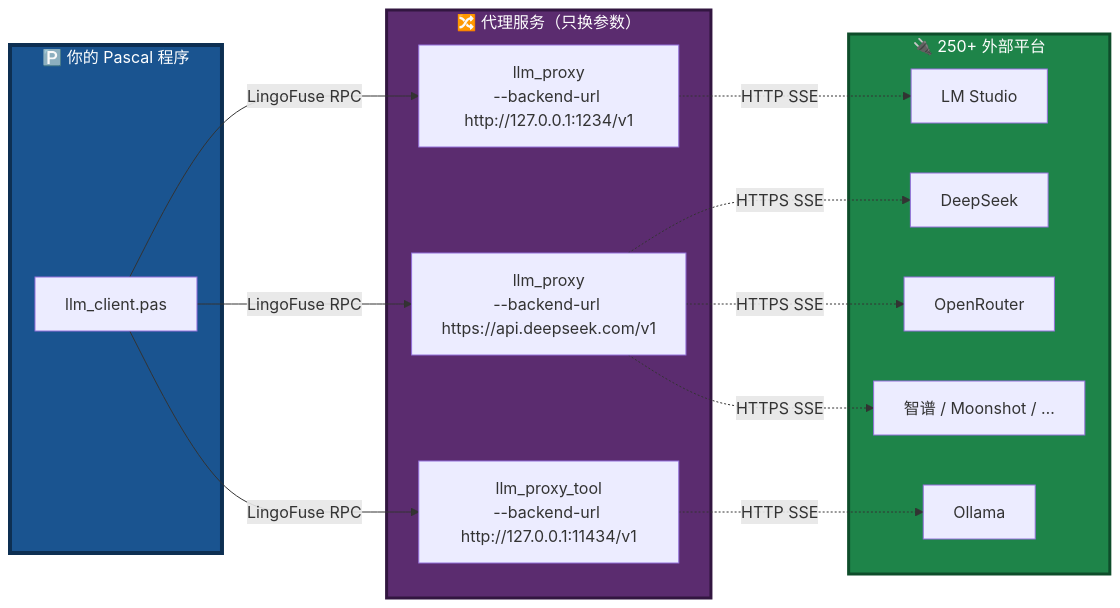
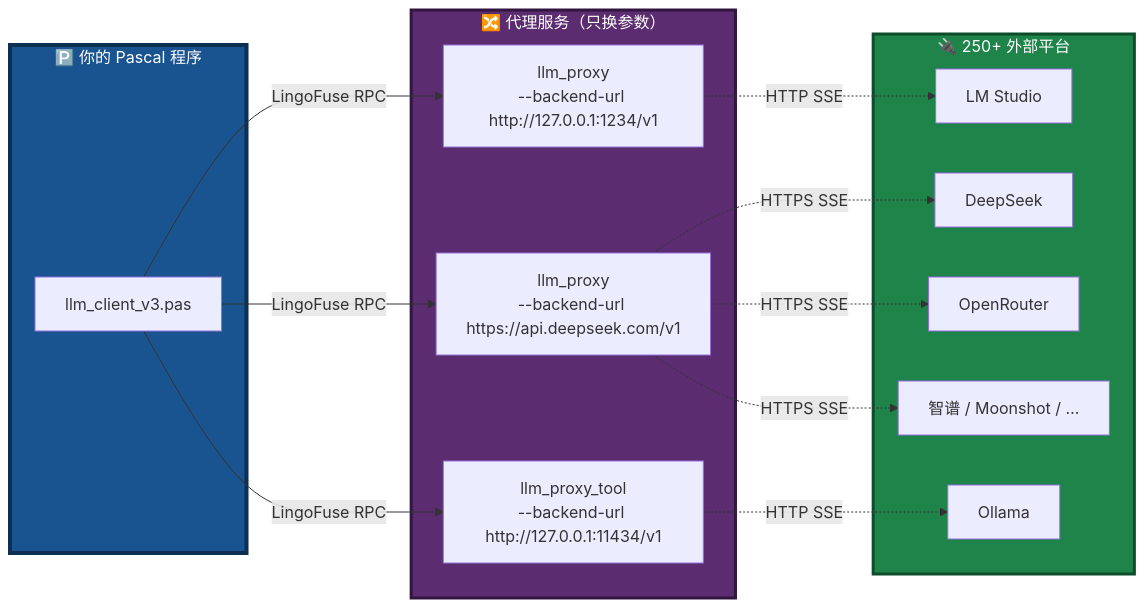
One commit to PassByYou888/LingoFuse-pasAgent-v3 changed the second of 12 diagrams in Pascal_Integration_Guide.md. Above: the diagram before and after it, drawn with Mermaid. The commit also changed other lines of this file, not shown here.

````diff
--- a/Pascal_Integration_Guide.md
+++ b/Pascal_Integration_Guide.md
@@ -86,33 +87,33 @@
 ```mermaid
 flowchart LR
     subgraph PAS["🅿️ 你的 Pascal 程序"]
-        C["llm_client.pas"]
+        C["llm_client_v3.pas"]
     end
 
     subgraph PROXY["🔀 代理服务（只换参数）"]
         P1["llm_proxy<br/>--backend-url http://127.0.0.1:1234/v1"]
         P2["llm_proxy<br/>--backend-url https://api.deepseek.com/v1"]
         P3["llm_proxy_tool<br/>--backend-url http://127.0.0.1:11434/v1"]
     end
 
     subgraph BACKENDS["🔌 250+ 外部平台"]
         B1["LM Studio"]
         B2["DeepSeek"]
         B3["Ollama"]
         B4["OpenRouter"]
         B5["智谱 / Moonshot / …"]
     end
 
     C -->|"LingoFuse RPC"| P1
     C -->|"LingoFuse RPC"| P2
     C -->|"LingoFuse RPC"| P3
     P1 -.->|"HTTP SSE"| B1
     P2 -.->|"HTTPS SSE"| B2
     P3 -.->|"HTTP SSE"| B3
     P2 -.->|"HTTPS SSE"| B4
     P2 -.->|"HTTPS SSE"| B5
 
     style PAS fill:#1A5490,stroke:#0D2F52,stroke-width:4px,color:#FFFFFF
     style PROXY fill:#5B2C6F,stroke:#321640,stroke-width:3px,color:#FFFFFF
     style BACKENDS fill:#1E8449,stroke:#0E4D2A,stroke-width:3px,color:#FFFFFF
 ```
````
